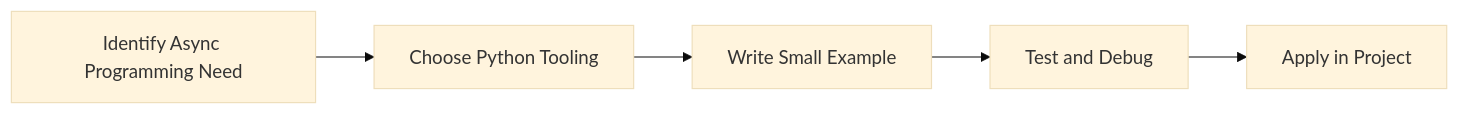
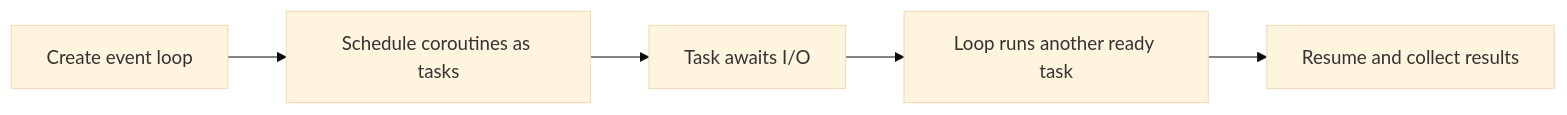
The diagram in Python-Mastery/Intermediate/22-async-programming.md (SYMOIZ/E-Learning-Portal), drawn with Mermaid (base theme) before and after one commit. The commit also changed other lines of this file and 116 other files, not shown here.

````diff
--- a/Python-Mastery/Intermediate/22-async-programming.md
+++ b/Python-Mastery/Intermediate/22-async-programming.md
@@ -159,7 +165,7 @@
 ```mermaid
 flowchart LR
-    A[Identify Async Programming Need] --> B[Choose Python Tooling]
-    B --> C[Write Small Example]
-    C --> D[Test and Debug]
-    D --> E[Apply in Project]
+    A[Create event loop] --> B[Schedule coroutines as tasks]
+    B --> C[Task awaits I/O]
+    C --> D[Loop runs another ready task]
+    D --> E[Resume and collect results]
 ```
````
